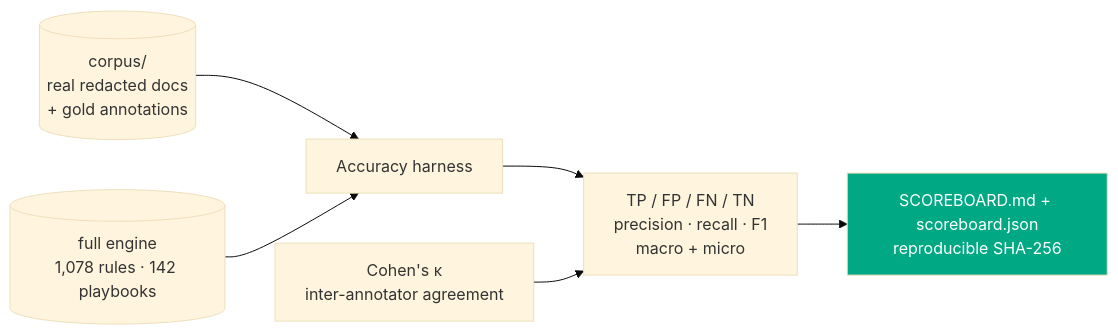
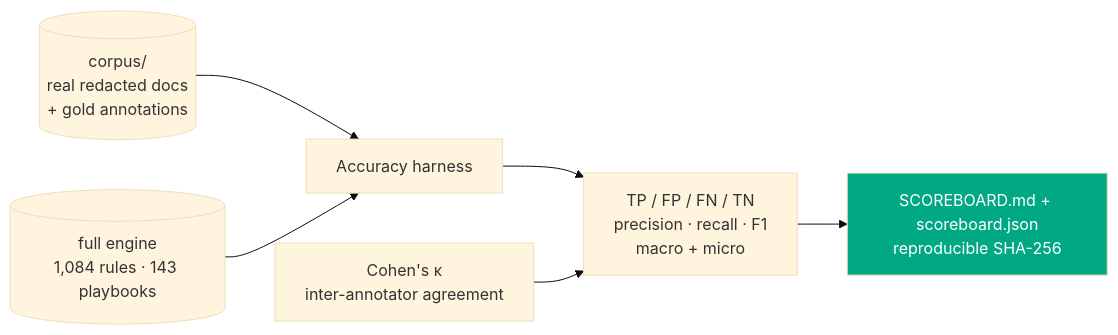
The seventh of 11 diagrams in README.md (clay-good/vaulytica), drawn with Mermaid (base theme) before and after one commit. The commit also changed other lines of this file and 98 other files, not shown here.

````diff
--- a/README.md
+++ b/README.md
@@ -1204,9 +1204,9 @@
 ```mermaid
 flowchart LR
   C[(corpus/<br/>real redacted docs<br/>+ gold annotations)] --> H[Accuracy harness]
-  R[(full engine<br/>1,078 rules · 142 playbooks)] --> H
+  R[(full engine<br/>1,084 rules · 143 playbooks)] --> H
   H --> M[TP / FP / FN / TN<br/>precision · recall · F1<br/>macro + micro]
   M --> S[SCOREBOARD.md + scoreboard.json<br/>reproducible SHA-256]
   K[Cohen's κ<br/>inter-annotator agreement] --> M
   style S fill:#00A883,color:#fff
 ```
````
